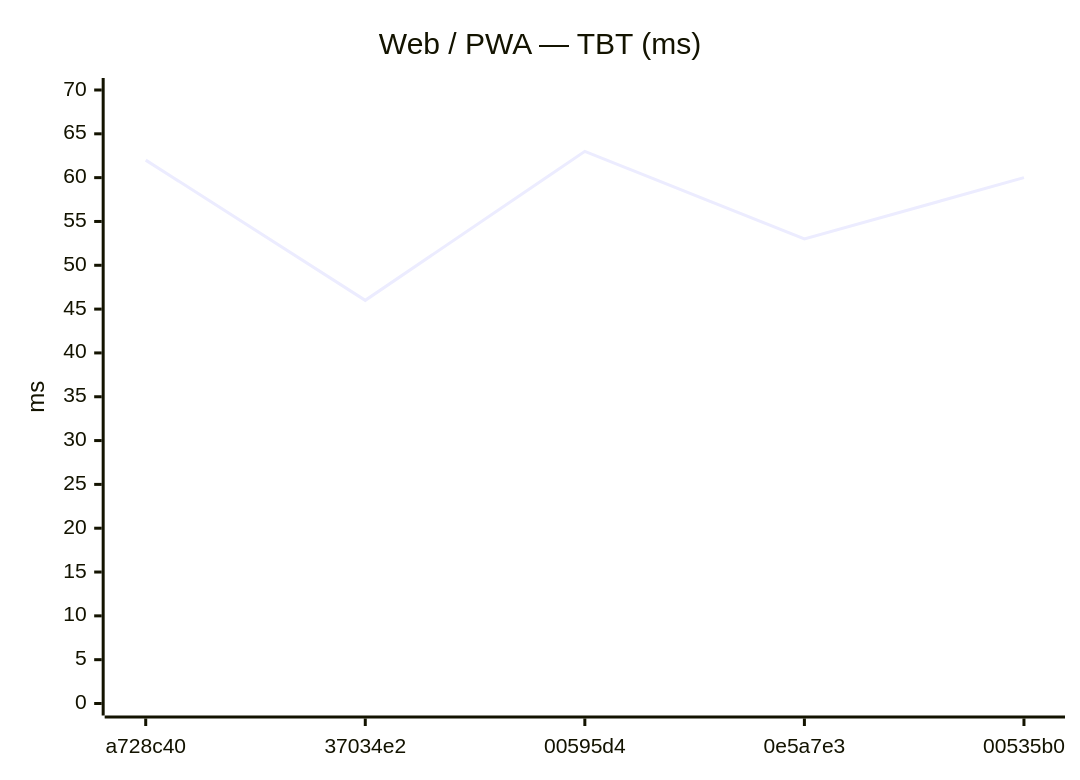
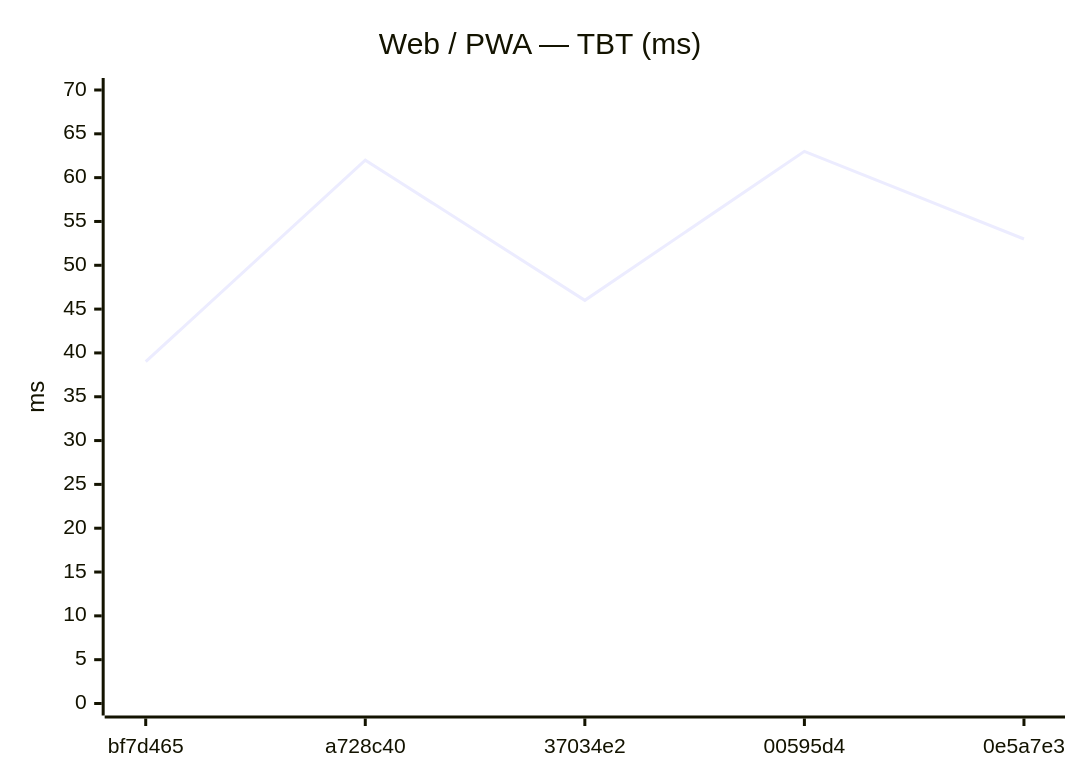
One commit to Metaheurist/Rianell changed the tenth of 24 diagrams in benchmarks/compare.md. Above: the diagram before and after it, drawn with Mermaid. The commit also changed other lines of this file and 12 other files, not shown here.

````diff
--- a/benchmarks/compare.md
+++ b/benchmarks/compare.md
@@ -147,7 +151,7 @@
 ```mermaid
 xychart-beta
     title "Web / PWA — TBT (ms)"
-    x-axis ["a728c40", "37034e2", "00595d4", "0e5a7e3", "00535b0"]
+    x-axis ["bf7d465", "a728c40", "37034e2", "00595d4", "0e5a7e3"]
     y-axis "ms" 0 --> 70
-    line [62, 46, 63, 53, 60]
+    line [39, 62, 46, 63, 53]
 ```
````
